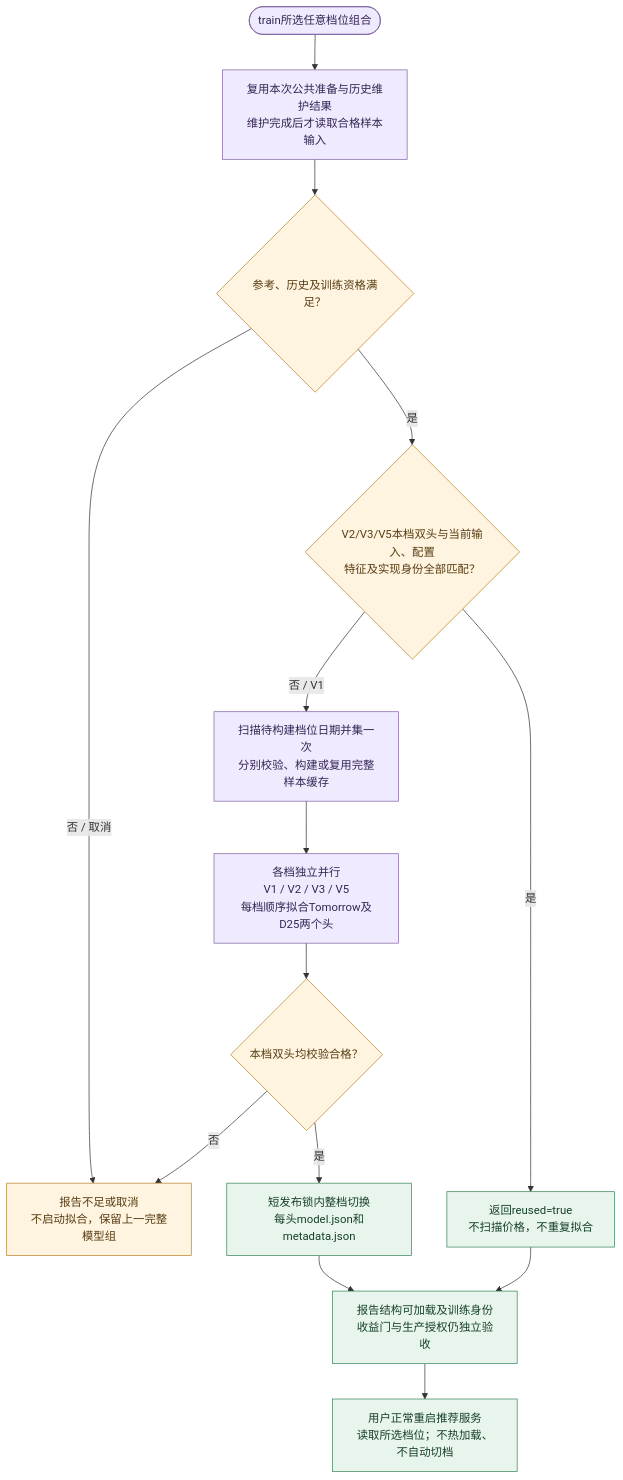
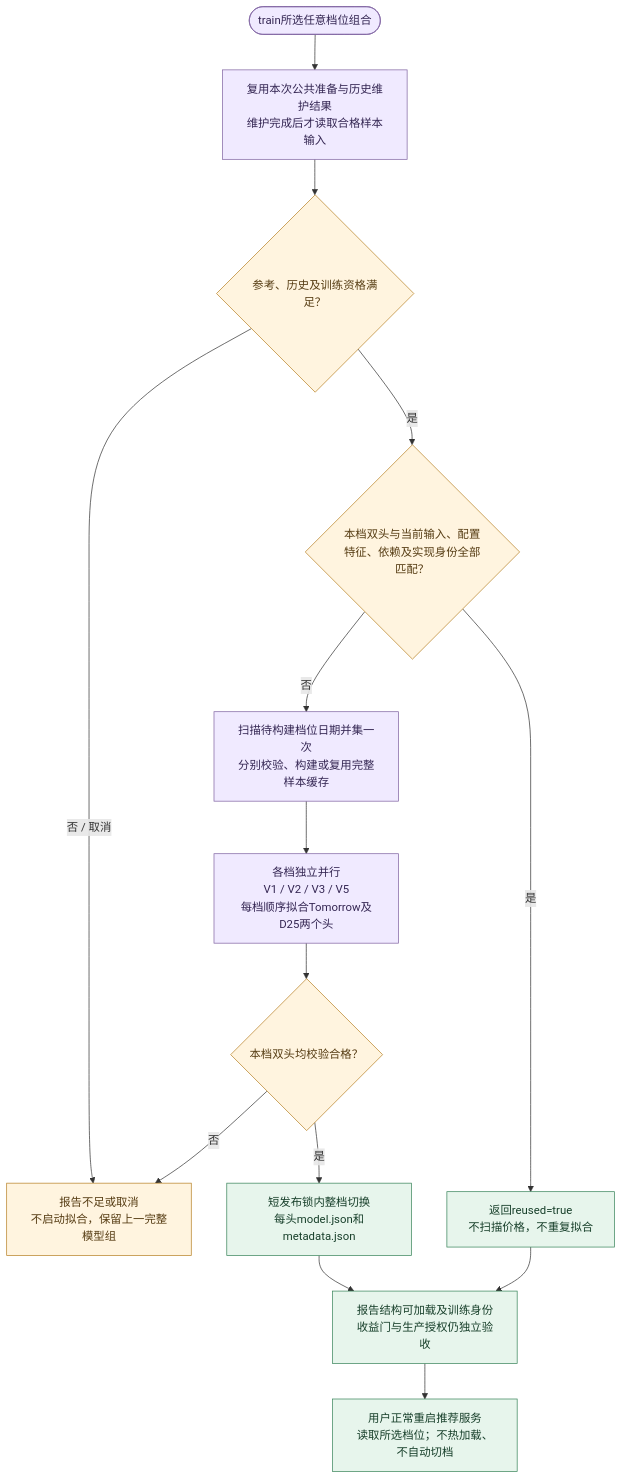
One commit to 373699756/trader changed the second of 4 diagrams in docs/4_下载训练.md. Above: the diagram before and after it, drawn with Mermaid. The commit also changed other lines of this file and 22 other files, not shown here.

````diff
--- a/docs/4_下载训练.md
+++ b/docs/4_下载训练.md
@@ -65,22 +67,22 @@
 ```mermaid
 flowchart TD
     Train(["train所选任意档位组合"]) --> History["复用本次公共准备与历史维护结果<br/>维护完成后才读取合格样本输入"]
     History --> Ready{"参考、历史及训练资格满足？"}
     Ready -->|否 / 取消| Stop["报告不足或取消<br/>不启动拟合，保留上一完整模型组"]
-    Ready -->|是| Identity{"V2/V3/V5本档双头与当前输入、配置<br/>特征及实现身份全部匹配？"}
+    Ready -->|是| Identity{"本档双头与当前输入、配置<br/>特征、依赖及实现身份全部匹配？"}
     Identity -->|是| Reuse["返回reused=true<br/>不扫描价格，不重复拟合"]
-    Identity -->|否 / V1| Samples["扫描待构建档位日期并集一次<br/>分别校验、构建或复用完整样本缓存"]
+    Identity -->|否| Samples["扫描待构建档位日期并集一次<br/>分别校验、构建或复用完整样本缓存"]
     Samples --> Fit["各档独立并行<br/>V1 / V2 / V3 / V5<br/>每档顺序拟合Tomorrow及D25两个头"]
     Fit --> Valid{"本档双头均校验合格？"}
     Valid -->|否| Stop
     Valid -->|是| Publish["短发布锁内整档切换<br/>每头model.json和metadata.json"]
     Publish --> Result["报告结构可加载及训练身份<br/>收益门与生产授权仍独立验收"]
     Reuse --> Result
     Result --> Restart["用户正常重启推荐服务<br/>读取所选档位；不热加载、不自动切档"]
     classDef work fill:#f0eaff,stroke:#8064a2,color:#342653;
     classDef result fill:#e7f5ec,stroke:#39845a,color:#173f2a;
     classDef gate fill:#fff4df,stroke:#b78126,color:#563c13;
     class Train,History,Samples,Fit work;
     class Reuse,Publish,Result,Restart result;
     class Ready,Identity,Valid,Stop gate;
 ```
````
